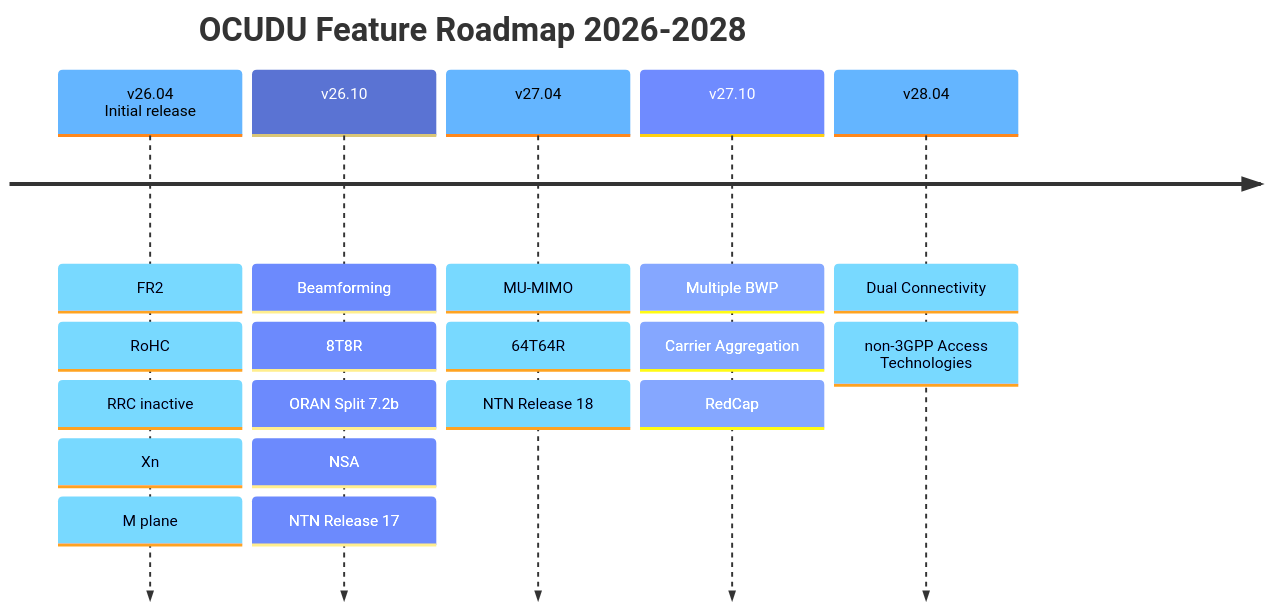
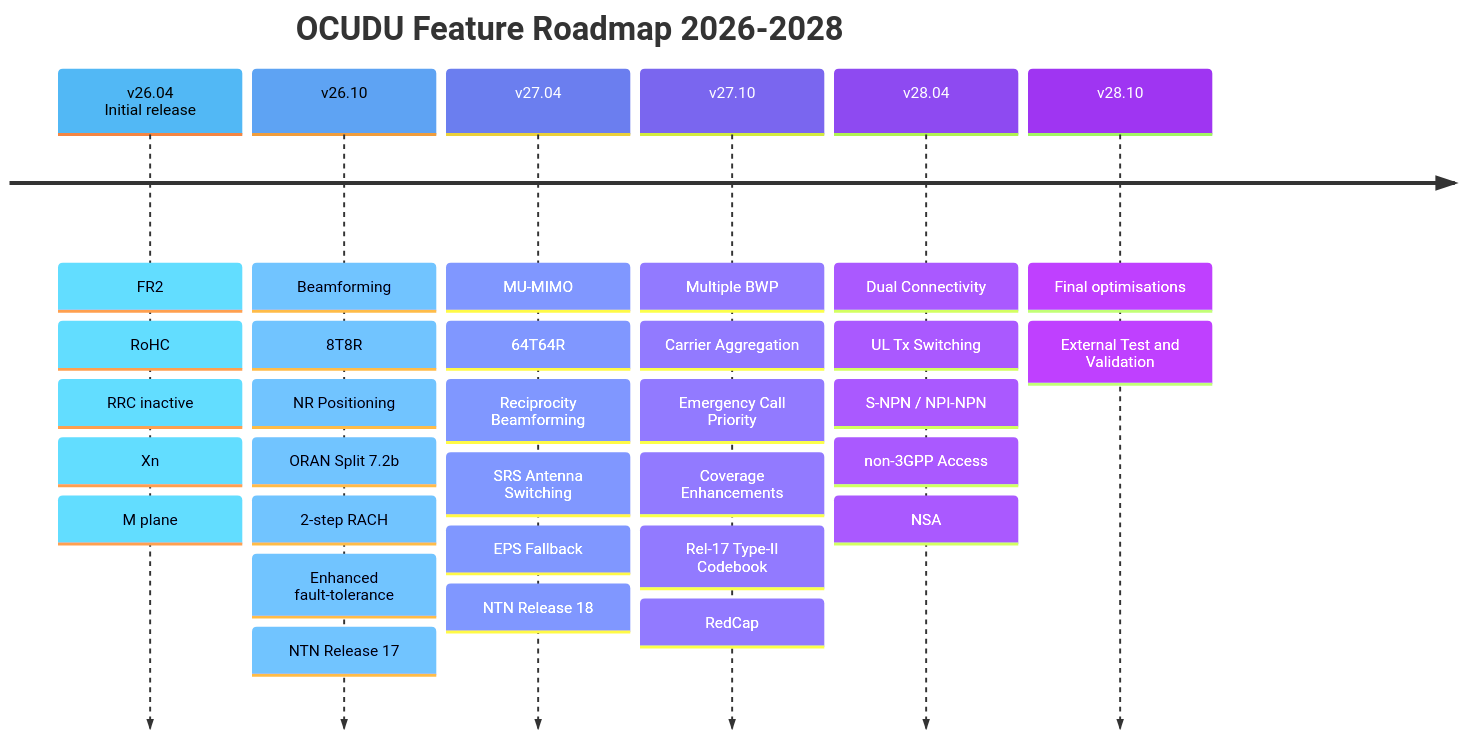
Before and after one commit to ocudu/ocudu_docs: the diagram in docs/releases/index.md, drawn with Mermaid. The commit also changed other lines of this file and 2 other files, not shown here.

Commit message:
releases: consolidate releases section into single index page
- Merge content from roadmap.md and dev_status.md into index.md
- Expand Mermaid diagram with full per-release feature lists through v28.10
- Update diagram colours to OCUDU brand gradient
- Fix NSA placement from v26.10 to v28.04
- Delete roadmap.md and dev_status.md

````diff
--- a/docs/releases/index.md
+++ b/docs/releases/index.md
@@ -84,21 +80,24 @@
 ```mermaid
 %%{init: {'theme': 'base', 'themeVariables': {
-  'cScale0': '#64B5FF',
+  'cScale0': '#52B8F5',
   'cScaleLabel0': '#000000',
-  'cScale1': '#5a73d3',
-  'cScaleLabel1': '#ffffff',
-  'cScale2': '#64B5FF',
-  'cScaleLabel2': '#000000',
-  'cScale3': '#6F8BFF',
+  'cScale1': '#5EA3F3',
+  'cScaleLabel1': '#000000',
+  'cScale2': '#6B7EEF',
+  'cScaleLabel2': '#ffffff',
+  'cScale3': '#7A66EF',
   'cScaleLabel3': '#ffffff',
-  'cScale4': '#64B5FF',
-  'cScaleLabel4': '#000000'
+  'cScale4': '#8E4AF1',
+  'cScaleLabel4': '#ffffff',
+  'cScale5': '#9F35F2',
+  'cScaleLabel5': '#ffffff'
 }}}%%
     timeline
         title OCUDU Feature Roadmap 2026-2028
           v26.04 <br> Initial release : FR2 : RoHC : RRC inactive : Xn : M plane
-          v26.10 : Beamforming : 8T8R : ORAN Split 7.2b : NSA : NTN Release 17
-          v27.04 : MU-MIMO : 64T64R : NTN Release 18
-          v27.10 : Multiple BWP : Carrier Aggregation : RedCap
-          v28.04 : Dual Connectivity : non-3GPP Access Technologies
+          v26.10 : Beamforming : 8T8R : NR Positioning : ORAN Split 7.2b : 2-step RACH : Enhanced fault-tolerance : NTN Release 17
+          v27.04 : MU-MIMO : 64T64R : Reciprocity Beamforming : SRS Antenna Switching : EPS Fallback : NTN Release 18
+          v27.10 : Multiple BWP : Carrier Aggregation : Emergency Call Priority : Coverage Enhancements : Rel-17 Type-II Codebook : RedCap
+          v28.04 : Dual Connectivity : UL Tx Switching : S-NPN / NPI-NPN : non-3GPP Access : NSA
+          v28.10 : Final optimisations : External Test and Validation
 ```
````
